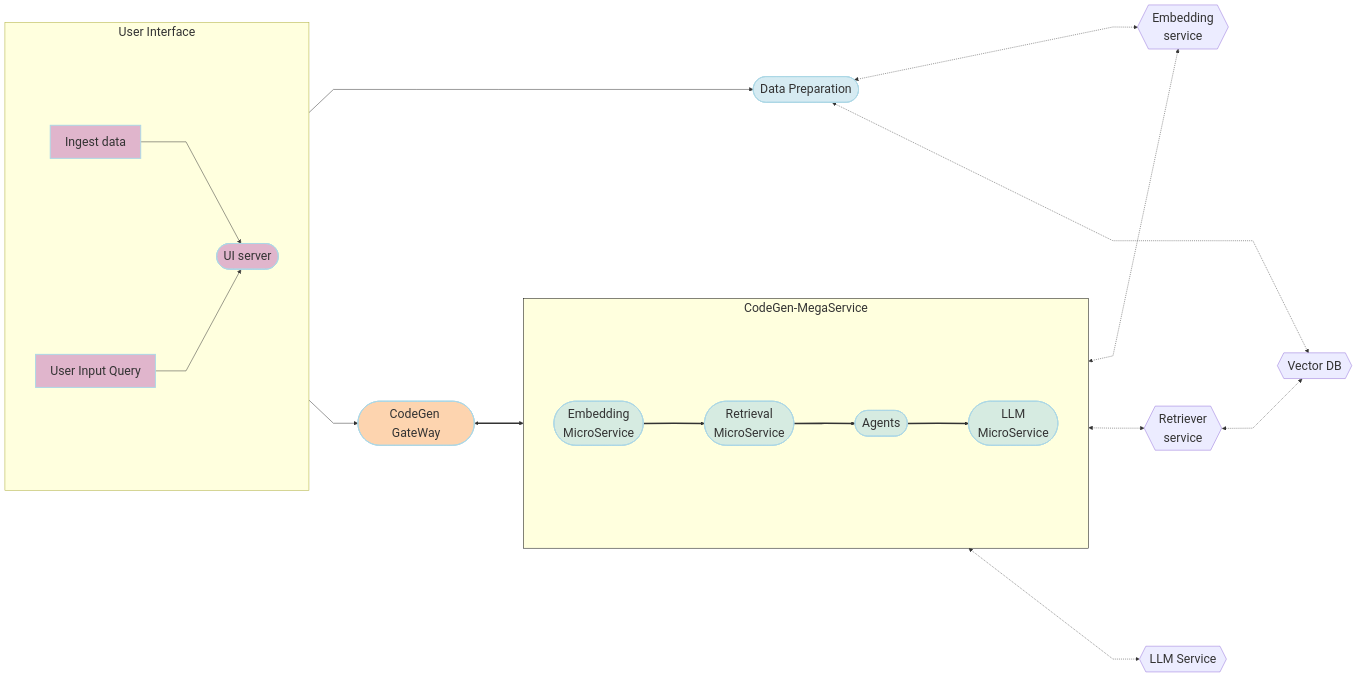
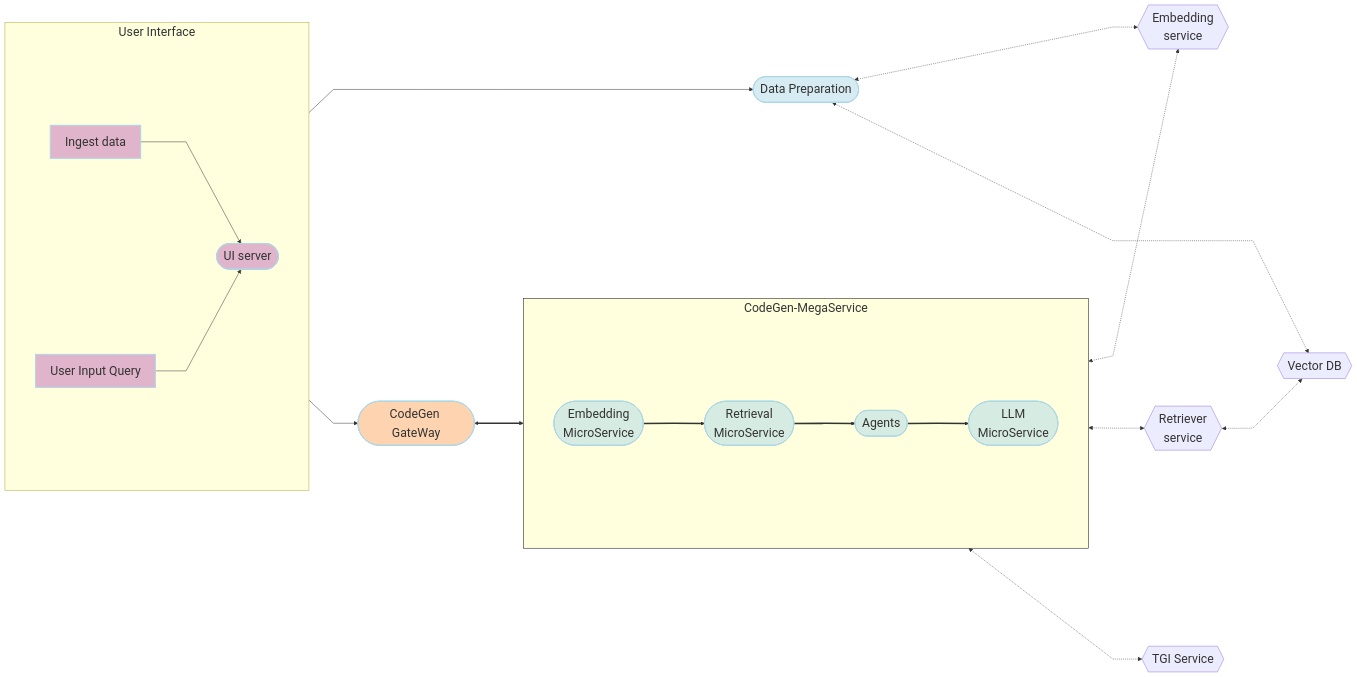
Before and after one commit to MSCetin37/GenAIExamples: the diagram in CodeGen/README.md, drawn with Mermaid. The commit also changed other lines of this file and 2 other files, not shown here.

````diff
--- a/CodeGen/README.md
+++ b/CodeGen/README.md
@@ -24,68 +24,68 @@
 ```mermaid
 ---
 config:
   flowchart:
     nodeSpacing: 400
     rankSpacing: 100
     curve: linear
   themeVariables:
     fontSize: 25px
 ---
 flowchart LR
     %% Colors %%
     classDef blue fill:#ADD8E6,stroke:#ADD8E6,stroke-width:2px,fill-opacity:0.5
     classDef orange fill:#FBAA60,stroke:#ADD8E6,stroke-width:2px,fill-opacity:0.5
     classDef orchid fill:#C26DBC,stroke:#ADD8E6,stroke-width:2px,fill-opacity:0.5
     classDef invisible fill:transparent,stroke:transparent;
     style CodeGen-MegaService stroke:#000000
     %% Subgraphs %%
     subgraph CodeGen-MegaService["CodeGen-MegaService"]
         direction LR
         EM([Embedding<br>MicroService]):::blue
         RET([Retrieval<br>MicroService]):::blue
         RER([Agents]):::blue
         LLM([LLM<br>MicroService]):::blue
     end
     subgraph User Interface
         direction LR
         a([Submit Query Tab]):::orchid
         UI([UI server]):::orchid
         Ingest([Manage Resources]):::orchid
     end
 
     CLIP_EM{{Embedding<br>service}}
     VDB{{Vector DB}}
     V_RET{{Retriever<br>service}}
     Ingest{{Ingest data}}
     DP([Data Preparation]):::blue
-    LLM_gen{{LLM Service}}
+    LLM_gen{{TGI Service}}
     GW([CodeGen GateWay]):::orange
 
     %% Data Preparation flow
     %% Ingest data flow
     direction LR
     Ingest[Ingest data] --> UI
     UI --> DP
     DP <-.-> CLIP_EM
 
     %% Questions interaction
     direction LR
     a[User Input Query] --> UI
     UI --> GW
     GW <==> CodeGen-MegaService
     EM ==> RET
     RET ==> RER
     RER ==> LLM
 
 
     %% Embedding service flow
     direction LR
     EM <-.-> CLIP_EM
     RET <-.-> V_RET
     LLM <-.-> LLM_gen
 
     direction TB
     %% Vector DB interaction
     V_RET <-.->VDB
     DP <-.->VDB
 ```
````
